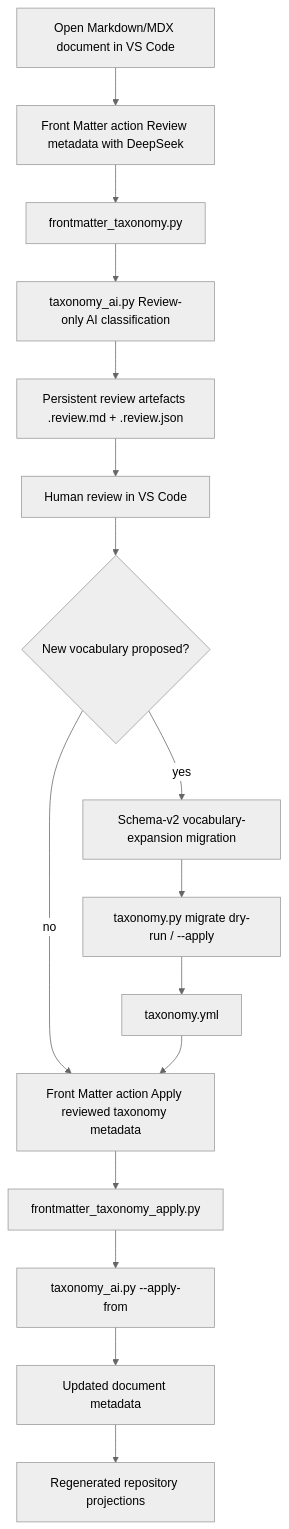
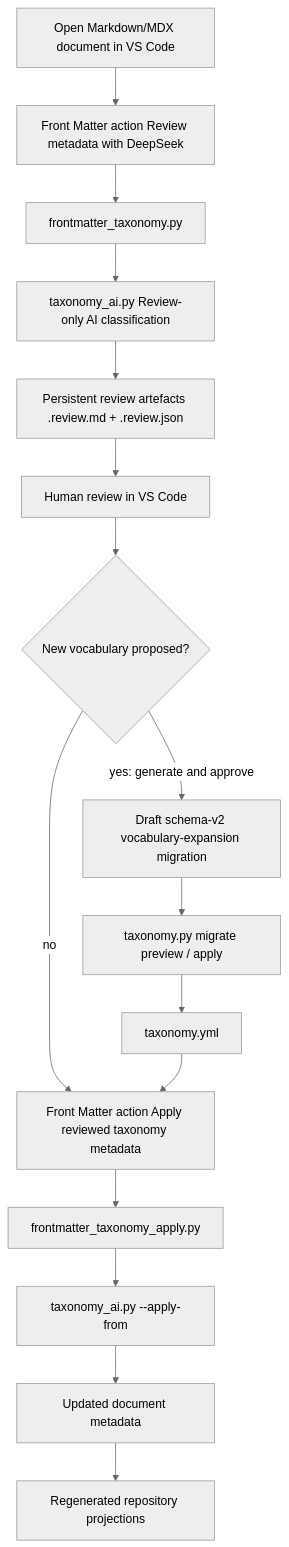
One commit to iand4096/docusaurusportfolio changed the second of 2 diagrams in docs/implementation-details/taxonomy.md. Above: the diagram before and after it, drawn with Mermaid (neutral theme). The commit also changed other lines of this file and 3 other files, not shown here.

````diff
--- a/docs/implementation-details/taxonomy.md
+++ b/docs/implementation-details/taxonomy.md
@@ -219,34 +229,34 @@
 ```mermaid
 flowchart TD
     DOC["`Open Markdown/MDX document in VS Code`"]
     REVIEW_ACTION["`Front Matter action Review metadata with DeepSeek`"]
     WRAPPER["`frontmatter_taxonomy.py`"]
     AI["`taxonomy_ai.py Review-only AI classification`"]
     ARTEFACTS["`Persistent review artefacts .review.md + .review.json`"]
     HUMAN["`Human review in VS Code`"]
     PROPOSAL{"`New vocabulary proposed?`"}
-    MIGRATION["`Schema-v2 vocabulary-expansion migration`"]
-    ENGINE["`taxonomy.py migrate dry-run / --apply`"]
+    MIGRATION["`Draft schema-v2 vocabulary-expansion migration`"]
+    ENGINE["`taxonomy.py migrate preview / apply`"]
     TAXONOMY["`taxonomy.yml`"]
     APPLY_ACTION["`Front Matter action Apply reviewed taxonomy metadata`"]
     APPLY_WRAPPER["`frontmatter_taxonomy_apply.py`"]
     APPLY_FROM["`taxonomy_ai.py --apply-from`"]
     UPDATED_DOC["`Updated document metadata`"]
     GENERATED["`Regenerated repository projections`"]
 
     DOC --> REVIEW_ACTION
     REVIEW_ACTION --> WRAPPER
     WRAPPER --> AI
     AI --> ARTEFACTS
     ARTEFACTS --> HUMAN
     HUMAN --> PROPOSAL
-    PROPOSAL -->|"yes"| MIGRATION
+    PROPOSAL -->|"yes: generate and approve"| MIGRATION
     MIGRATION --> ENGINE
     ENGINE --> TAXONOMY
     PROPOSAL -->|"no"| APPLY_ACTION
     TAXONOMY --> APPLY_ACTION
     APPLY_ACTION --> APPLY_WRAPPER
     APPLY_WRAPPER --> APPLY_FROM
     APPLY_FROM --> UPDATED_DOC
     UPDATED_DOC --> GENERATED
 ```
````
